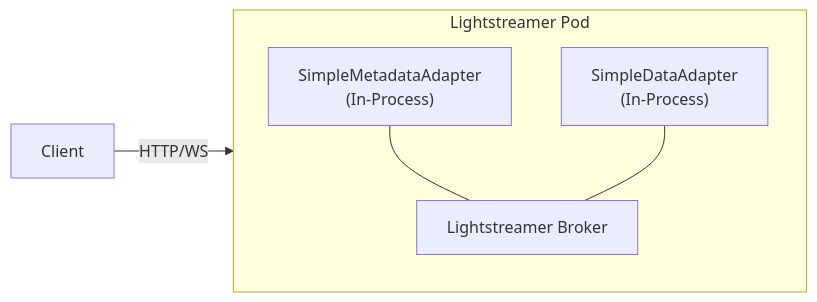
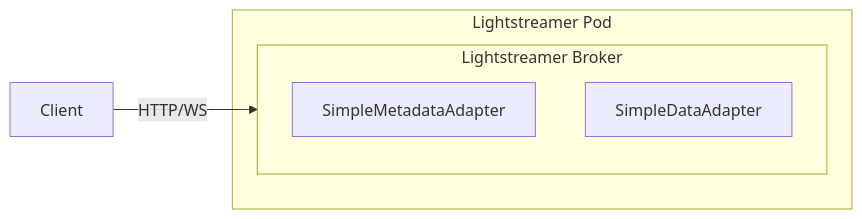
One commit to Lightstreamer/helm-charts changed the diagram in examples/in-process-adapters/README.md. Above: the diagram before and after it, drawn with Mermaid.

Commit message:
Update README.md for In-Process Adapter example: refine architecture diagram for better clarity and structure

````diff
--- a/examples/in-process-adapters/README.md
+++ b/examples/in-process-adapters/README.md
@@ -7,12 +7,11 @@
 ```mermaid
 flowchart LR
   subgraph Pod["Lightstreamer Pod"]
-    direction TB
-    LS["Lightstreamer Broker"]
-    M["SimpleMetadataAdapter<br/>(In-Process)"]
-    D["SimpleDataAdapter<br/>(In-Process)"]
-    M --- LS
-    D --- LS
+    subgraph LS["Lightstreamer Broker"]
+      direction TB
+      M["SimpleMetadataAdapter"]
+      D["SimpleDataAdapter"]
+    end
   end
   C["Client"] -- "HTTP/WS" --> LS
 ```
````
